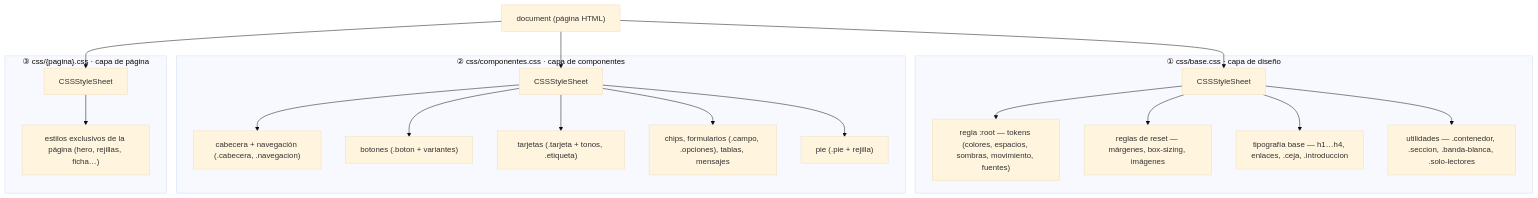
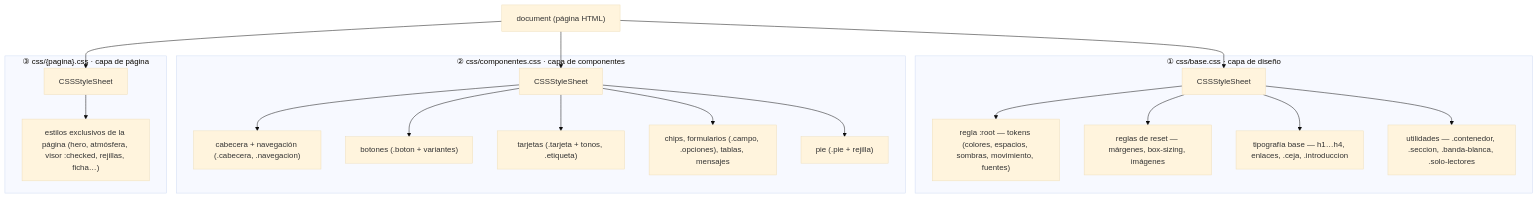
Before and after one commit to morfemartin/arrive-aruba-uvm-frontend-3.1: the diagram in docs/arbol-cssom.md, drawn with Mermaid (base theme). The commit also changed other lines of this file and 16 other files, not shown here.

Commit message:
Fotografía de marca en la ventana del hero y banda de atmósfera con Ken Burns CSS; visor de vistas :checked con editoriales en la ficha; documentación alineada

````diff
--- a/docs/arbol-cssom.md
+++ b/docs/arbol-cssom.md
@@ -21,25 +21,25 @@
 ```mermaid
 graph TD
     DOC["document (página HTML)"] --> SS1
     DOC --> SS2
     DOC --> SS3
 
     subgraph HOJA1 ["① css/base.css · capa de diseño"]
       SS1["CSSStyleSheet"] --> R1["regla :root — tokens (colores, espacios, sombras, movimiento, fuentes)"]
       SS1 --> R2["reglas de reset — márgenes, box-sizing, imágenes"]
       SS1 --> R3["tipografía base — h1…h4, enlaces, .ceja, .introduccion"]
       SS1 --> R4["utilidades — .contenedor, .seccion, .banda-blanca, .solo-lectores"]
     end
 
     subgraph HOJA2 ["② css/componentes.css · capa de componentes"]
       SS2["CSSStyleSheet"] --> R5["cabecera + navegación (.cabecera, .navegacion)"]
       SS2 --> R6["botones (.boton + variantes)"]
       SS2 --> R7["tarjetas (.tarjeta + tonos, .etiqueta)"]
       SS2 --> R8["chips, formularios (.campo, .opciones), tablas, mensajes"]
       SS2 --> R9["pie (.pie + rejilla)"]
     end
 
     subgraph HOJA3 ["③ css/{pagina}.css · capa de página"]
-      SS3["CSSStyleSheet"] --> R10["estilos exclusivos de la página (hero, rejillas, ficha…)"]
+      SS3["CSSStyleSheet"] --> R10["estilos exclusivos de la página (hero, atmósfera, visor :checked, rejillas, ficha…)"]
     end
 ```
````
